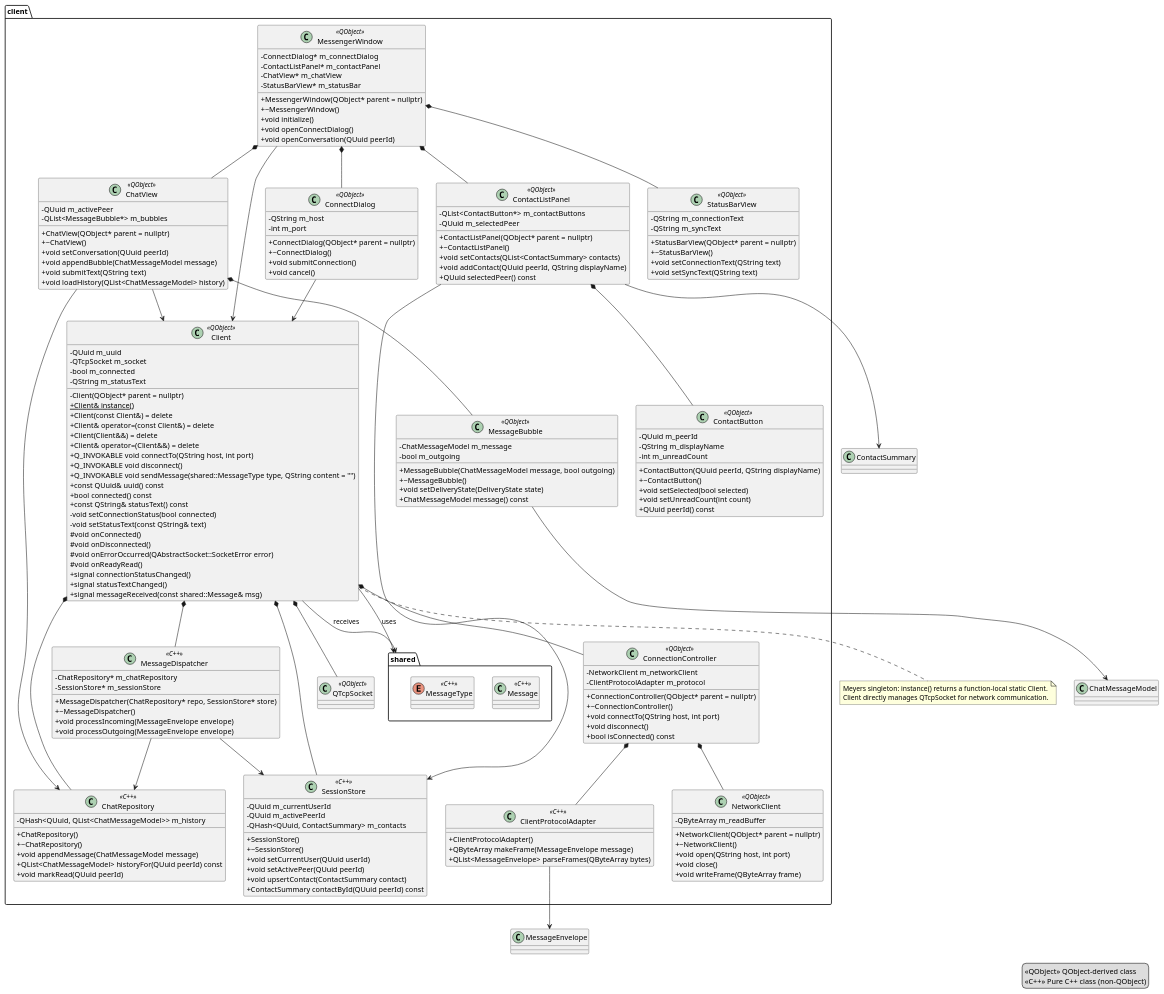
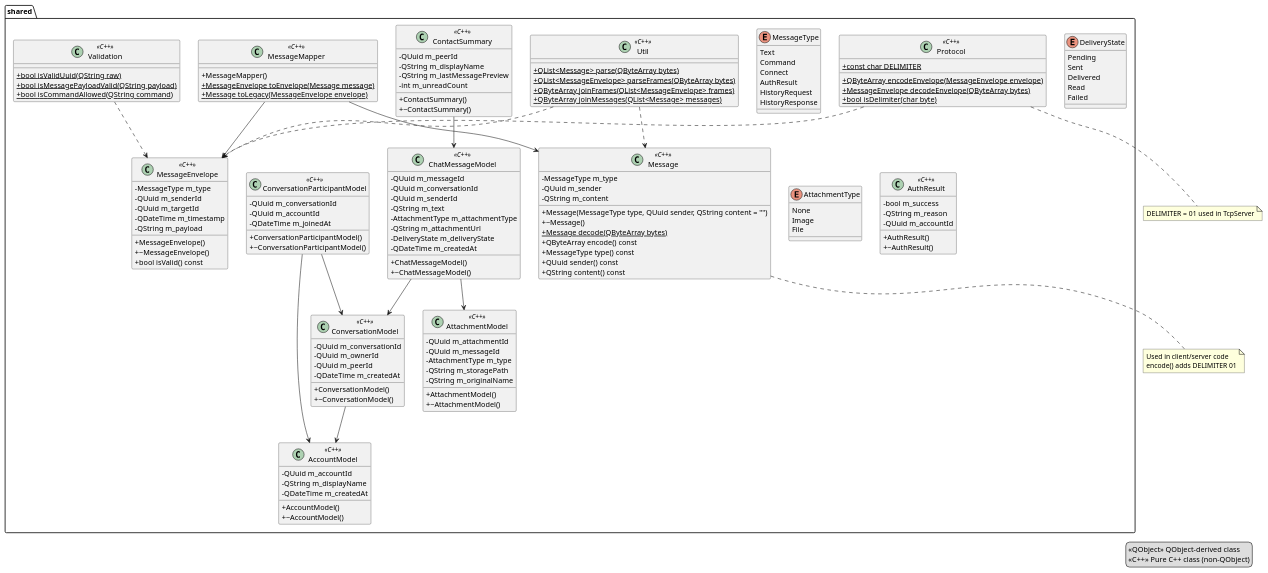
The diagram in docs/architecture/client.puml (duckysmacky/qt-chat-app), drawn with PlantUML before and after one commit.

Commit message:
Refactor client architecture diagram to shared architecture

```diff
--- a/docs/architecture/client.puml
+++ b/docs/architecture/client.puml
@@ -1,4 +1,4 @@
-@startuml ClientArchitecture
+@startuml SharedArchitecture
 skinparam classAttributeIconSize 0
 
 legend right
@@ -6,209 +6,164 @@
   <<C++>> Pure C++ class (non-QObject)
 endlegend
 
-package "client" {
+package "shared" {
 
-class Client <<QObject>> {
-  - QUuid m_uuid
-  - QTcpSocket m_socket
-  - bool m_connected
-  - QString m_statusText
-  - Client(QObject* parent = nullptr)
-  + {static} Client& instance()
-  + Client(const Client&) = delete
-  + Client& operator=(const Client&) = delete
-  + Client(Client&&) = delete
-  + Client& operator=(Client&&) = delete
-  + Q_INVOKABLE void connectTo(QString host, int port)
-  + Q_INVOKABLE void disconnect()
-  + Q_INVOKABLE void sendMessage(shared::MessageType type, QString content = "")
-  + const QUuid& uuid() const
-  + bool connected() const
-  + const QString& statusText() const
-  - void setConnectionStatus(bool connected)
-  - void setStatusText(const QString& text)
-  # void onConnected()
-  # void onDisconnected()
-  # void onErrorOccurred(QAbstractSocket::SocketError error)
-  # void onReadyRead()
+enum MessageType {
+  Text
+  Command
+  Connect
+  AuthResult
+  HistoryRequest
+  HistoryResponse
 }
 
-class MessengerWindow <<QObject>> {
-  - ConnectDialog* m_connectDialog
-  - ContactListPanel* m_contactPanel
-  - ChatView* m_chatView
-  - StatusBarView* m_statusBar
-  + MessengerWindow(QObject* parent = nullptr)
-  + ~MessengerWindow()
-  + void initialize()
-  + void openConnectDialog()
-  + void openConversation(QUuid peerId)
+enum DeliveryState {
+  Pending
+  Sent
+  Delivered
+  Read
+  Failed
 }
 
-class ConnectDialog <<QObject>> {
-  - QString m_host
-  - int m_port
-  + ConnectDialog(QObject* parent = nullptr)
-  + ~ConnectDialog()
-  + void submitConnection()
-  + void cancel()
+enum AttachmentType {
+  None
+  Image
+  File
 }
 
-class ContactListPanel <<QObject>> {
-  - QList<ContactButton*> m_contactButtons
-  - QUuid m_selectedPeer
-  + ContactListPanel(QObject* parent = nullptr)
-  + ~ContactListPanel()
-  + void setContacts(QList<ContactSummary> contacts)
-  + void addContact(QUuid peerId, QString displayName)
-  + QUuid selectedPeer() const
+class Message <<C++>> {
+  - MessageType m_type
+  - QUuid m_sender
+  - QString m_content
+  + Message(MessageType type, QUuid sender, QString content = "")
+  + ~Message()
+  + {static} Message decode(QByteArray bytes)
+  + QByteArray encode() const
+  + MessageType type() const
+  + QUuid sender() const
+  + QString content() const
 }
 
-class ContactButton <<QObject>> {
+class MessageEnvelope <<C++>> {
+  - MessageType m_type
+  - QUuid m_senderId
+  - QUuid m_targetId
+  - QDateTime m_timestamp
+  - QString m_payload
+  + MessageEnvelope()
+  + ~MessageEnvelope()
+  + bool isValid() const
+}
+
+class AccountModel <<C++>> {
+  - QUuid m_accountId
+  - QString m_displayName
+  - QDateTime m_createdAt
+  + AccountModel()
+  + ~AccountModel()
+}
+
+class ConversationModel <<C++>> {
+  - QUuid m_conversationId
+  - QUuid m_ownerId
+  - QUuid m_peerId
+  - QDateTime m_createdAt
+  + ConversationModel()
+  + ~ConversationModel()
+}
+
+class ChatMessageModel <<C++>> {
+  - QUuid m_messageId
+  - QUuid m_conversationId
+  - QUuid m_senderId
+  - QString m_text
+  - AttachmentType m_attachmentType
+  - QString m_attachmentUrl
+  - DeliveryState m_deliveryState
+  - QDateTime m_createdAt
+  + ChatMessageModel()
+  + ~ChatMessageModel()
+}
+
+class ContactSummary <<C++>> {
   - QUuid m_peerId
   - QString m_displayName
+  - QString m_lastMessagePreview
   - int m_unreadCount
-  + ContactButton(QUuid peerId, QString displayName)
-  + ~ContactButton()
-  + void setSelected(bool selected)
-  + void setUnreadCount(int count)
-  + QUuid peerId() const
+  + ContactSummary()
+  + ~ContactSummary()
 }
 
-class ChatView <<QObject>> {
-  - QUuid m_activePeer
-  - QList<MessageBubble*> m_bubbles
-  + ChatView(QObject* parent = nullptr)
-  + ~ChatView()
-  + void setConversation(QUuid peerId)
-  + void appendBubble(ChatMessageModel message)
-  + void submitText(QString text)
-  + void loadHistory(QList<ChatMessageModel> history)
+class AuthResult <<C++>> {
+  - bool m_success
+  - QString m_reason
+  - QUuid m_accountId
+  + AuthResult()
+  + ~AuthResult()
 }
 
-class MessageBubble <<QObject>> {
-  - ChatMessageModel m_message
-  - bool m_outgoing
-  + MessageBubble(ChatMessageModel message, bool outgoing)
-  + ~MessageBubble()
-  + void setDeliveryState(DeliveryState state)
-  + ChatMessageModel message() const
+class ConversationParticipantModel <<C++>> {
+  - QUuid m_conversationId
+  - QUuid m_accountId
+  - QDateTime m_joinedAt
+  + ConversationParticipantModel()
+  + ~ConversationParticipantModel()
 }
 
-class StatusBarView <<QObject>> {
-  - QString m_connectionText
-  - QString m_syncText
-  + StatusBarView(QObject* parent = nullptr)
-  + ~StatusBarView()
-  + void setConnectionText(QString text)
-  + void setSyncText(QString text)
+class AttachmentModel <<C++>> {
+  - QUuid m_attachmentId
+  - QUuid m_messageId
+  - AttachmentType m_type
+  - QString m_storagePath
+  - QString m_originalName
+  + AttachmentModel()
+  + ~AttachmentModel()
 }
 
-class ConnectionController <<QObject>> {
-  - NetworkClient m_networkClient
-  - ClientProtocolAdapter m_protocol
-  + ConnectionController(QObject* parent = nullptr)
-  + ~ConnectionController()
-  + void connectTo(QString host, int port)
-  + void disconnect()
-  + bool isConnected() const
+class MessageMapper <<C++>> {
+  + MessageMapper()
+  + {static} MessageEnvelope toEnvelope(Message message)
+  + {static} Message toLegacy(MessageEnvelope envelope)
 }
 
-class NetworkClient <<QObject>> {
-  - QByteArray m_readBuffer
-  + NetworkClient(QObject* parent = nullptr)
-  + ~NetworkClient()
-  + void open(QString host, int port)
-  + void close()
-  + void writeFrame(QByteArray frame)
+class Util <<C++>> {
+  + {static} QList<Message> parse(QByteArray bytes)
+  + {static} QList<MessageEnvelope> parseFrames(QByteArray bytes)
+  + {static} QByteArray joinFrames(QList<MessageEnvelope> frames)
+  + {static} QByteArray joinMessages(QList<Message> messages)
 }
 
-class ClientProtocolAdapter <<C++>> {
-  + ClientProtocolAdapter()
-  + QByteArray makeFrame(MessageEnvelope message)
-  + QList<MessageEnvelope> parseFrames(QByteArray bytes)
+class Protocol <<C++>> {
+  + {static} QByteArray encodeEnvelope(MessageEnvelope envelope)
+  + {static} MessageEnvelope decodeEnvelope(QByteArray bytes)
+  + {static} bool isDelimiter(char byte)
+  + {static} const char DELIMITER
 }
 
-class MessageDispatcher <<C++>> {
-  - ChatRepository* m_chatRepository
-  - SessionStore* m_sessionStore
-  + MessageDispatcher(ChatRepository* repo, SessionStore* store)
-  + ~MessageDispatcher()
-  + void processIncoming(MessageEnvelope envelope)
-  + void processOutgoing(MessageEnvelope envelope)
-}
-
-class ChatRepository <<C++>> {
-  - QHash<QUuid, QList<ChatMessageModel>> m_history
-  + ChatRepository()
-  + ~ChatRepository()
-  + void appendMessage(ChatMessageModel message)
-  + QList<ChatMessageModel> historyFor(QUuid peerId) const
-  + void markRead(QUuid peerId)
-}
-
-class SessionStore <<C++>> {
-  - QUuid m_currentUserId
-  - QUuid m_activePeerId
-  - QHash<QUuid, ContactSummary> m_contacts
-  + SessionStore()
-  + ~SessionStore()
-  + void setCurrentUser(QUuid userId)
-  + void setActivePeer(QUuid peerId)
-  + void upsertContact(ContactSummary contact)
-  + ContactSummary contactById(QUuid peerId) const
-}
-
-class QTcpSocket <<QObject>> {
-}
-
-namespace shared {
-  class Message <<C++>> {
-  }
-  
-  enum MessageType <<C++>> {
-  }
+class Validation <<C++>> {
+  + {static} bool isValidUuid(QString raw)
+  + {static} bool isMessagePayloadValid(QString payload)
+  + {static} bool isCommandAllowed(QString command)
 }
 
 }
 
-note bottom of Client
-Meyers singleton: instance() returns a function-local static Client.
-Client directly manages QTcpSocket for network communication.
-end note
+MessageMapper --> Message
+MessageMapper --> MessageEnvelope
 
-Client *-- QTcpSocket
-Client --> shared::Message : receives
-Client --> shared::MessageType : uses
+ConversationModel --> AccountModel
+ConversationParticipantModel --> ConversationModel
+ConversationParticipantModel --> AccountModel
+ChatMessageModel --> ConversationModel
+ChatMessageModel --> AttachmentModel
+ContactSummary --> ChatMessageModel
 
-MessengerWindow *-- ConnectDialog
-MessengerWindow *-- ContactListPanel
-MessengerWindow *-- ChatView
-MessengerWindow *-- StatusBarView
-ContactListPanel *-- ContactButton
-ChatView *-- MessageBubble
+Util ..> Message
+Util ..> MessageEnvelope
+Protocol ..> MessageEnvelope
+Validation ..> MessageEnvelope
 
-Client *-- ConnectionController
-Client *-- SessionStore
-Client *-- MessageDispatcher
-Client *-- ChatRepository
-
-ConnectionController *-- NetworkClient
-ConnectionController *-- ClientProtocolAdapter
-MessageDispatcher --> ChatRepository
-MessageDispatcher --> SessionStore
-
-MessengerWindow --> Client
-ConnectDialog --> Client
-ContactListPanel --> SessionStore
-ChatView --> Client
-ChatView --> ChatRepository
-MessageBubble --> ChatMessageModel
-ContactListPanel --> ContactSummary
-ClientProtocolAdapter --> MessageEnvelope
-
-Client : +signal connectionStatusChanged()
-Client : +signal statusTextChanged()
-Client : +signal messageReceived(const shared::Message& msg)
+note bottom of Message : Used in client/server code\nencode() adds DELIMITER \x01
+note bottom of Protocol : DELIMITER = \x01 used in TcpServer
 
 @enduml
```
